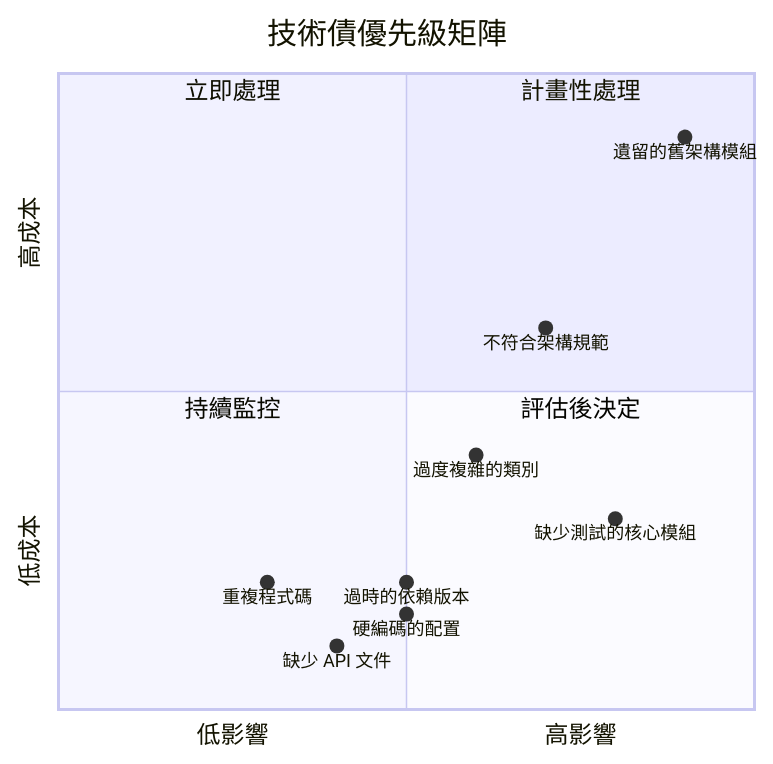
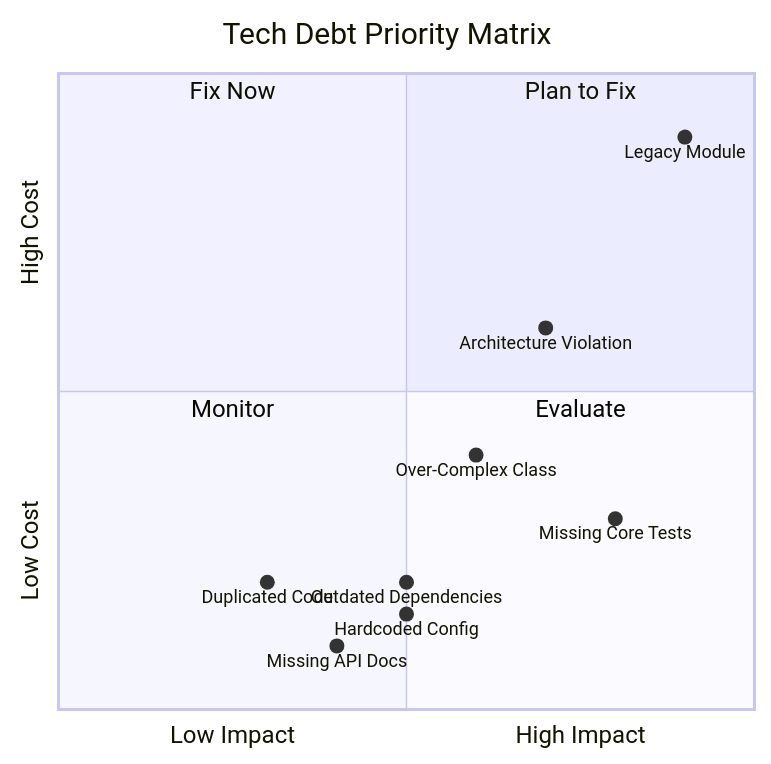
Diagram 26 of 41 in content/posts/教學/AI開發/Superpowers教學手冊.md (chihhung/Blog), drawn with Mermaid before and after one commit. The commit also changed other lines of this file, not shown here.

Commit message:
docs: 更新 Superpowers 教學手冊內容

````diff
--- a/content/posts/教學/AI開發/Superpowers教學手冊.md
+++ b/content/posts/教學/AI開發/Superpowers教學手冊.md
@@ -3062,18 +3062,18 @@
 ```mermaid
 quadrantChart
-    title 技術債優先級矩陣
-    x-axis 低影響 --> 高影響
-    y-axis 低成本 --> 高成本
-    quadrant-1 計畫性處理
-    quadrant-2 立即處理
-    quadrant-3 持續監控
-    quadrant-4 評估後決定
-    "缺少測試的核心模組": [0.8, 0.3]
-    "過時的依賴版本": [0.5, 0.2]
-    "不符合架構規範": [0.7, 0.6]
-    "重複程式碼": [0.3, 0.2]
-    "過度複雜的類別": [0.6, 0.4]
-    "缺少 API 文件": [0.4, 0.1]
-    "硬編碼的配置": [0.5, 0.15]
-    "遺留的舊架構模組": [0.9, 0.9]
+    title Tech Debt Priority Matrix
+    x-axis Low Impact --> High Impact
+    y-axis Low Cost --> High Cost
+    quadrant-1 Plan to Fix
+    quadrant-2 Fix Now
+    quadrant-3 Monitor
+    quadrant-4 Evaluate
+    Missing Core Tests: [0.8, 0.3]
+    Outdated Dependencies: [0.5, 0.2]
+    Architecture Violation: [0.7, 0.6]
+    Duplicated Code: [0.3, 0.2]
+    Over-Complex Class: [0.6, 0.4]
+    Missing API Docs: [0.4, 0.1]
+    Hardcoded Config: [0.5, 0.15]
+    Legacy Module: [0.9, 0.9]
 ```
````
